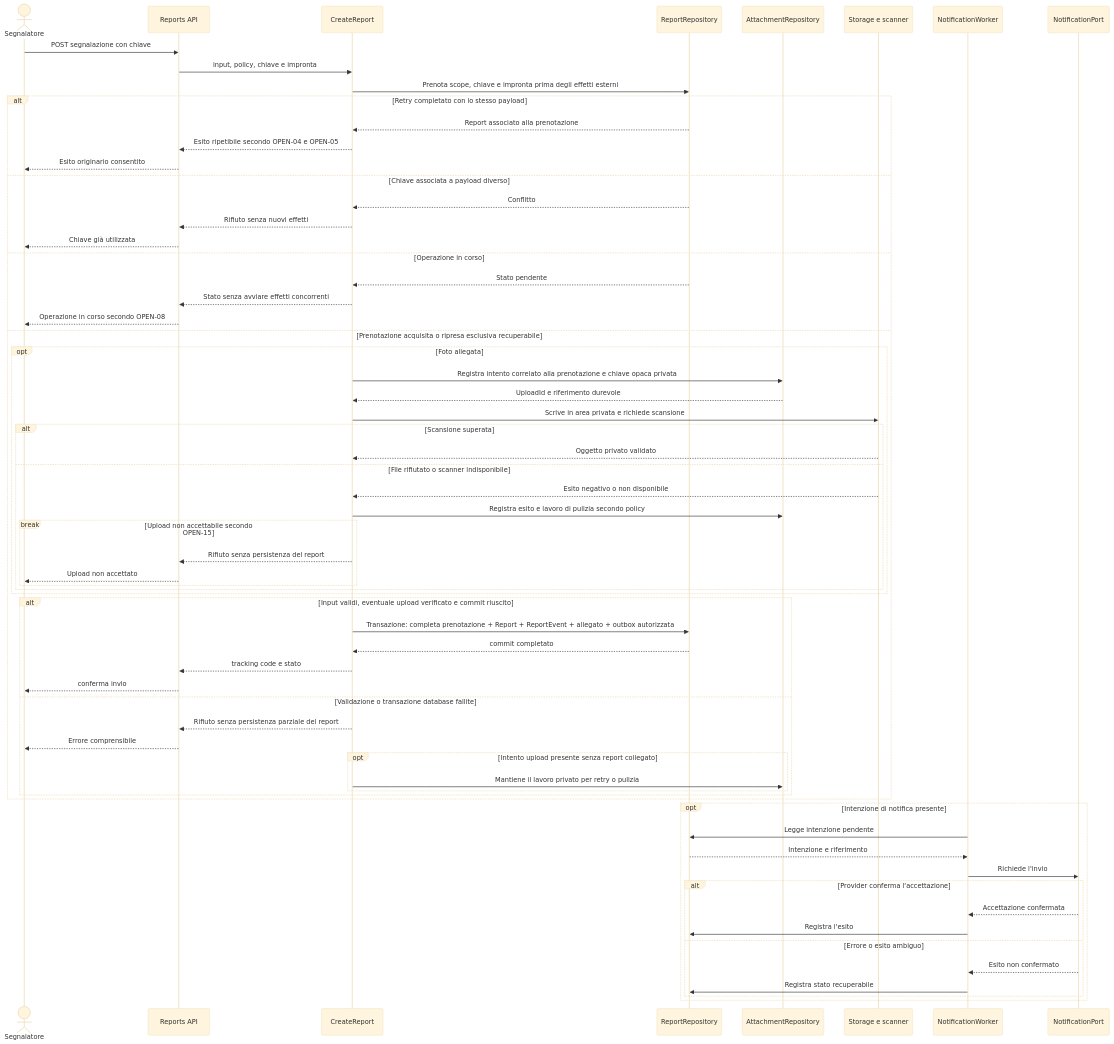
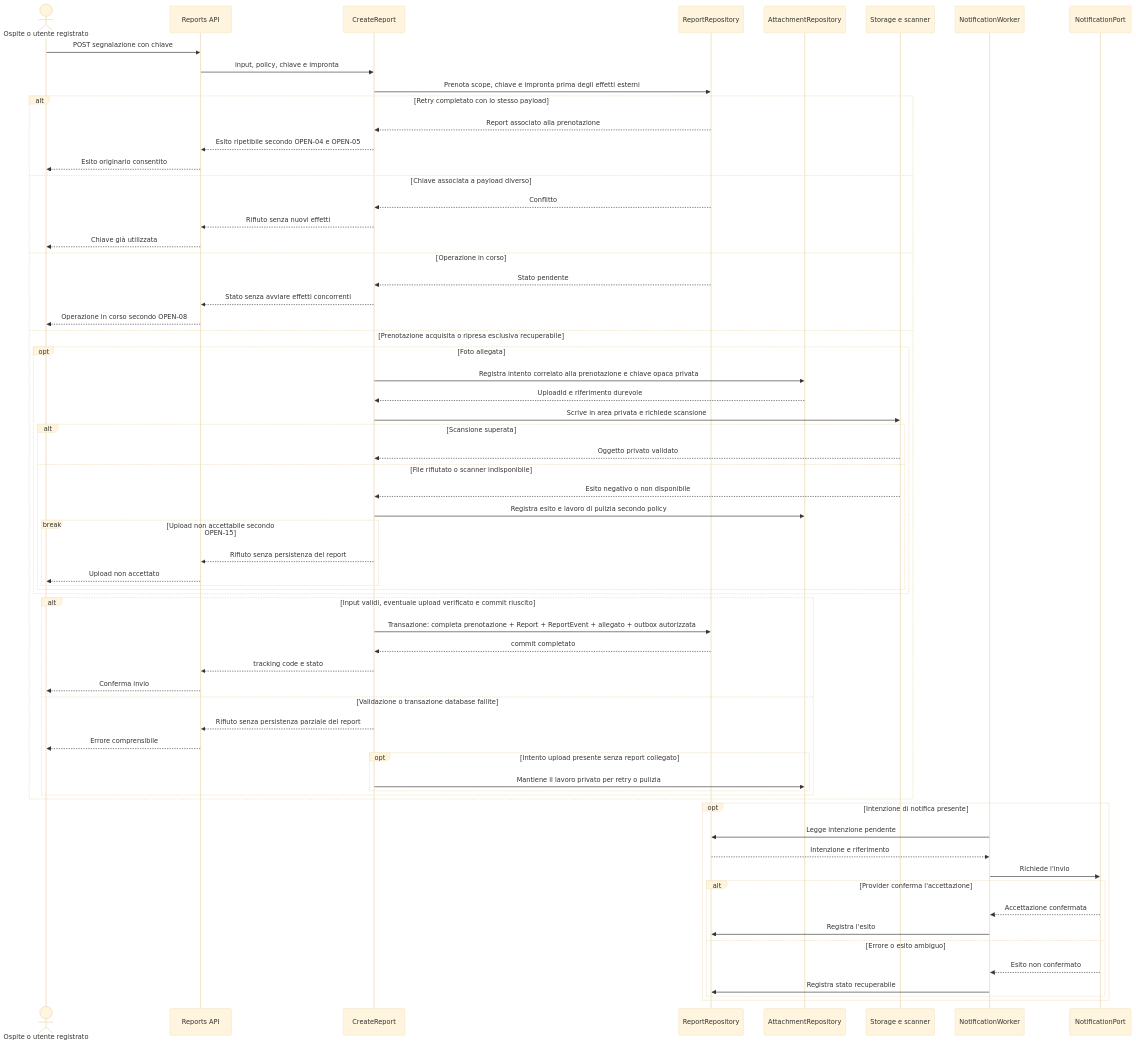
The fifth of 9 diagrams in docs/RAD.md (andreaplini/aegis), drawn with Mermaid (base theme) before and after one commit. The commit also changed other lines of this file and 5 other files, not shown here.

````diff
--- a/docs/RAD.md
+++ b/docs/RAD.md
@@ -547,68 +543,68 @@
 ```mermaid
 sequenceDiagram
   accDescr: L'API salva segnalazione, evento e intenzione di notifica autorizzata in modo atomico. Un worker invia la notifica dopo il commit e registra gli esiti.
-  actor S as Segnalatore
+  actor U as Ospite o utente registrato
   participant API as Reports API
   participant UC as CreateReport
   participant Repo as ReportRepository
   participant Attach as AttachmentRepository
   participant Upload as Storage e scanner
   participant W as NotificationWorker
   participant N as NotificationPort
-  S->>API: POST segnalazione con chiave
+  U->>API: POST segnalazione con chiave
   API->>UC: input, policy, chiave e impronta
   UC->>Repo: Prenota scope, chiave e impronta prima degli effetti esterni
   alt Retry completato con lo stesso payload
     Repo-->>UC: Report associato alla prenotazione
     UC-->>API: Esito ripetibile secondo OPEN-04 e OPEN-05
-    API-->>S: Esito originario consentito
+    API-->>U: Esito originario consentito
   else Chiave associata a payload diverso
     Repo-->>UC: Conflitto
     UC-->>API: Rifiuto senza nuovi effetti
-    API-->>S: Chiave già utilizzata
+    API-->>U: Chiave già utilizzata
   else Operazione in corso
     Repo-->>UC: Stato pendente
     UC-->>API: Stato senza avviare effetti concorrenti
-    API-->>S: Operazione in corso secondo OPEN-08
+    API-->>U: Operazione in corso secondo OPEN-08
   else Prenotazione acquisita o ripresa esclusiva recuperabile
     opt Foto allegata
       UC->>Attach: Registra intento correlato alla prenotazione e chiave opaca privata
       Attach-->>UC: UploadId e riferimento durevole
       UC->>Upload: Scrive in area privata e richiede scansione
       alt Scansione superata
         Upload-->>UC: Oggetto privato validato
       else File rifiutato o scanner indisponibile
         Upload-->>UC: Esito negativo o non disponibile
         UC->>Attach: Registra esito e lavoro di pulizia secondo policy
         break Upload non accettabile secondo OPEN-15
           UC-->>API: Rifiuto senza persistenza del report
-          API-->>S: Upload non accettato
+          API-->>U: Upload non accettato
         end
       end
     end
     alt Input validi, eventuale upload verificato e commit riuscito
       UC->>Repo: Transazione: completa prenotazione + Report + ReportEvent + allegato + outbox autorizzata
       Repo-->>UC: commit completato
       UC-->>API: tracking code e stato
-      API-->>S: conferma invio
+      API-->>U: Conferma invio
     else Validazione o transazione database fallite
       UC-->>API: Rifiuto senza persistenza parziale del report
-      API-->>S: Errore comprensibile
+      API-->>U: Errore comprensibile
       opt Intento upload presente senza report collegato
         UC->>Attach: Mantiene il lavoro privato per retry o pulizia
       end
     end
   end
   opt Intenzione di notifica presente
     W->>Repo: Legge intenzione pendente
     Repo-->>W: Intenzione e riferimento
     W->>N: Richiede l'invio
     alt Provider conferma l'accettazione
       N-->>W: Accettazione confermata
       W->>Repo: Registra l'esito
     else Errore o esito ambiguo
       N-->>W: Esito non confermato
       W->>Repo: Registra stato recuperabile
     end
   end
 ```
````
